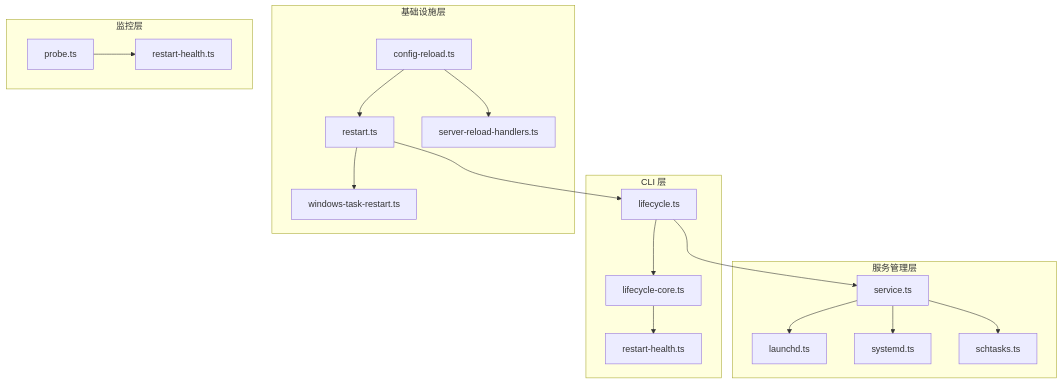
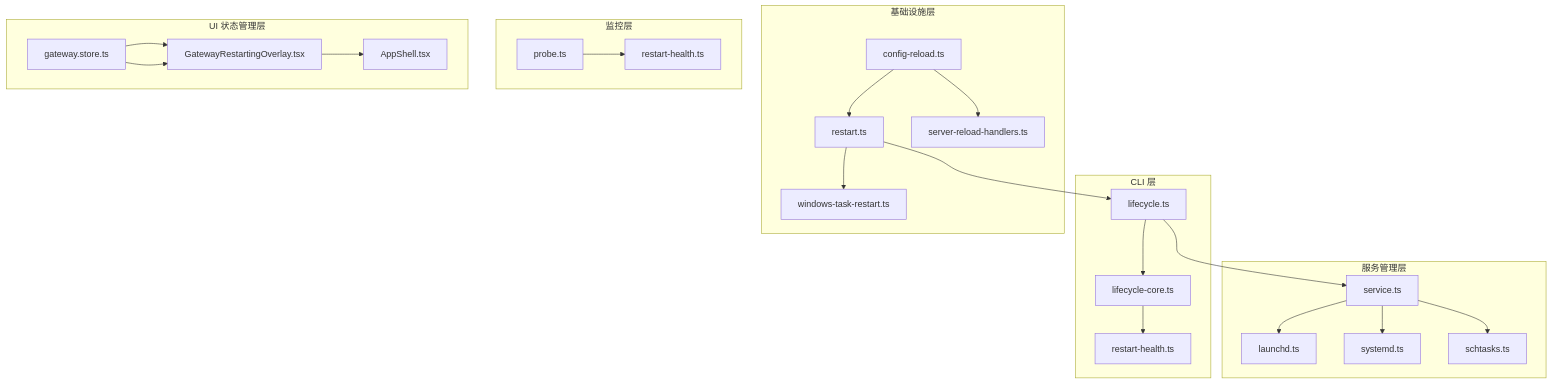
Before and after one commit to verse-ai-org/openclaw: the first of 14 diagrams in .qoder/repowiki/zh/content/核心概念/网关架构/网关重启系统.md, drawn with Mermaid. The commit also changed other lines of this file and 9 other files, not shown here.

````diff
--- a/.qoder/repowiki/zh/content/核心概念/网关架构/网关重启系统.md
+++ b/.qoder/repowiki/zh/content/核心概念/网关架构/网关重启系统.md
@@ -46,22 +62,27 @@
 ```mermaid
 graph TB
 subgraph "CLI 层"
 A[lifecycle.ts] --> B[lifecycle-core.ts]
 B --> C[restart-health.ts]
 end
 subgraph "服务管理层"
 D[service.ts] --> E[launchd.ts]
 D --> F[systemd.ts]
 D --> G[schtasks.ts]
 end
 subgraph "基础设施层"
 H[restart.ts] --> I[windows-task-restart.ts]
 J[config-reload.ts] --> K[server-reload-handlers.ts]
 end
 subgraph "监控层"
 L[probe.ts] --> M[restart-health.ts]
 end
+subgraph "UI 状态管理层"
+N[gateway.store.ts] --> O[GatewayRestartingOverlay.tsx]
+O --> P[AppShell.tsx]
+end
 A --> D
 H --> A
 J --> H
+N --> O
 ```
````
